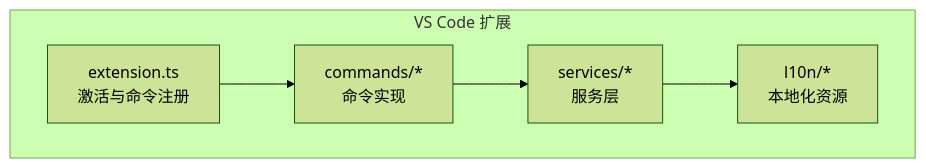
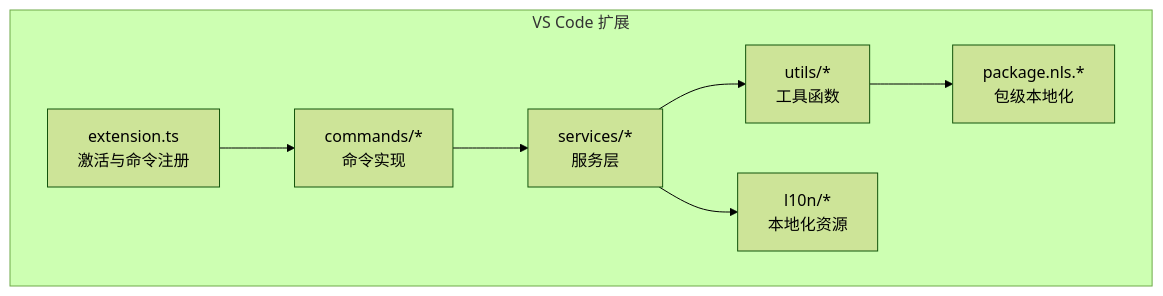
The first of 10 diagrams in .qoder/repowiki/zh/content/技术架构详解/技术架构详解.md (someok/vscode-folder2epub), drawn with Mermaid (forest theme) before and after one commit. The commit also changed other lines of this file and 8 other files, not shown here.

````diff
--- a/.qoder/repowiki/zh/content/技术架构详解/技术架构详解.md
+++ b/.qoder/repowiki/zh/content/技术架构详解/技术架构详解.md
@@ -44,12 +50,16 @@
 ```mermaid
 graph TB
 subgraph "VS Code 扩展"
 EXT["extension.ts<br/>激活与命令注册"]
 CMDS["commands/*<br/>命令实现"]
 SRV["services/*<br/>服务层"]
+UTIL["utils/*<br/>工具函数"]
 L10N["l10n/*<br/>本地化资源"]
+PKG["package.nls.*<br/>包级本地化"]
 end
 EXT --> CMDS
 CMDS --> SRV
+SRV --> UTIL
 SRV --> L10N
+UTIL --> PKG
 ```
````
